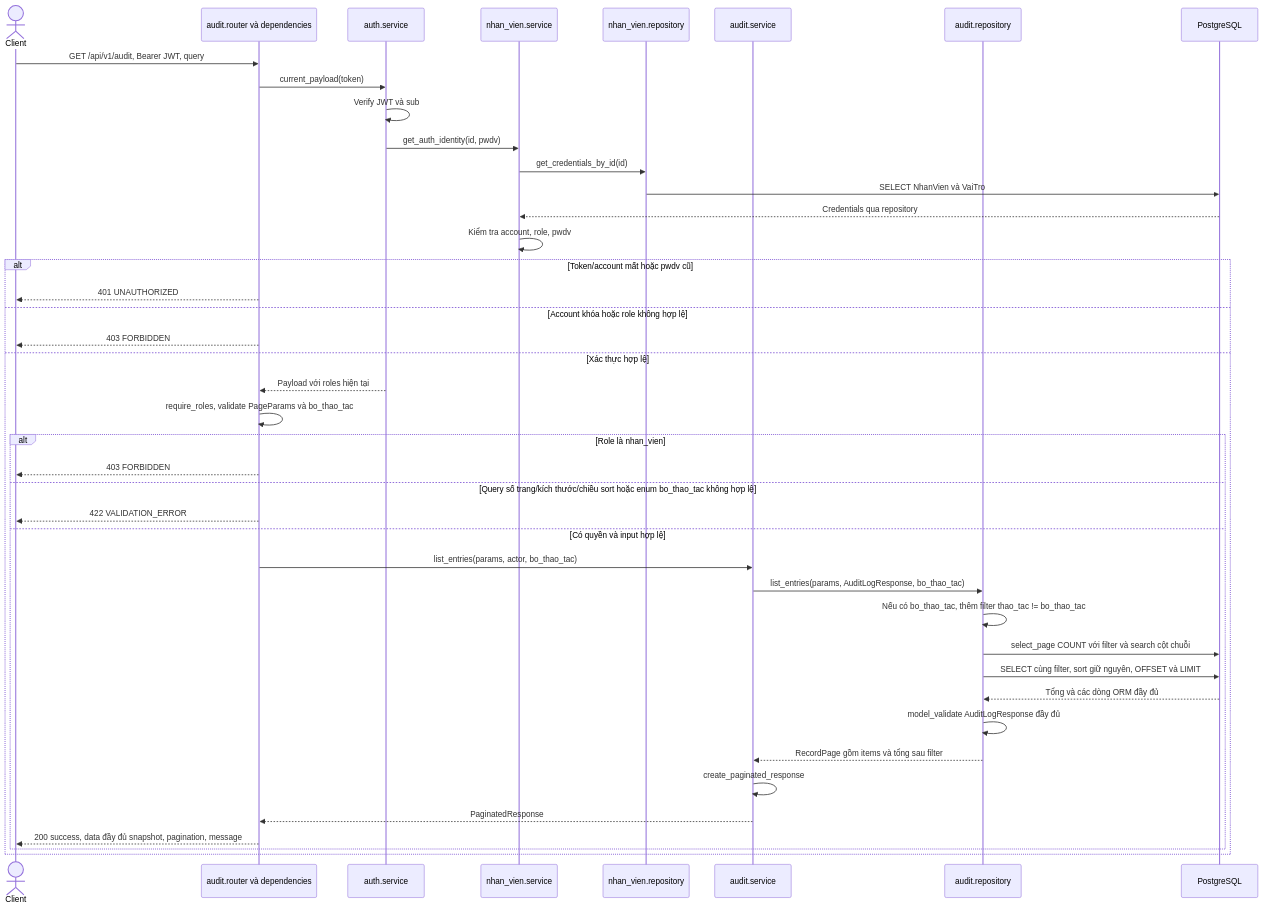
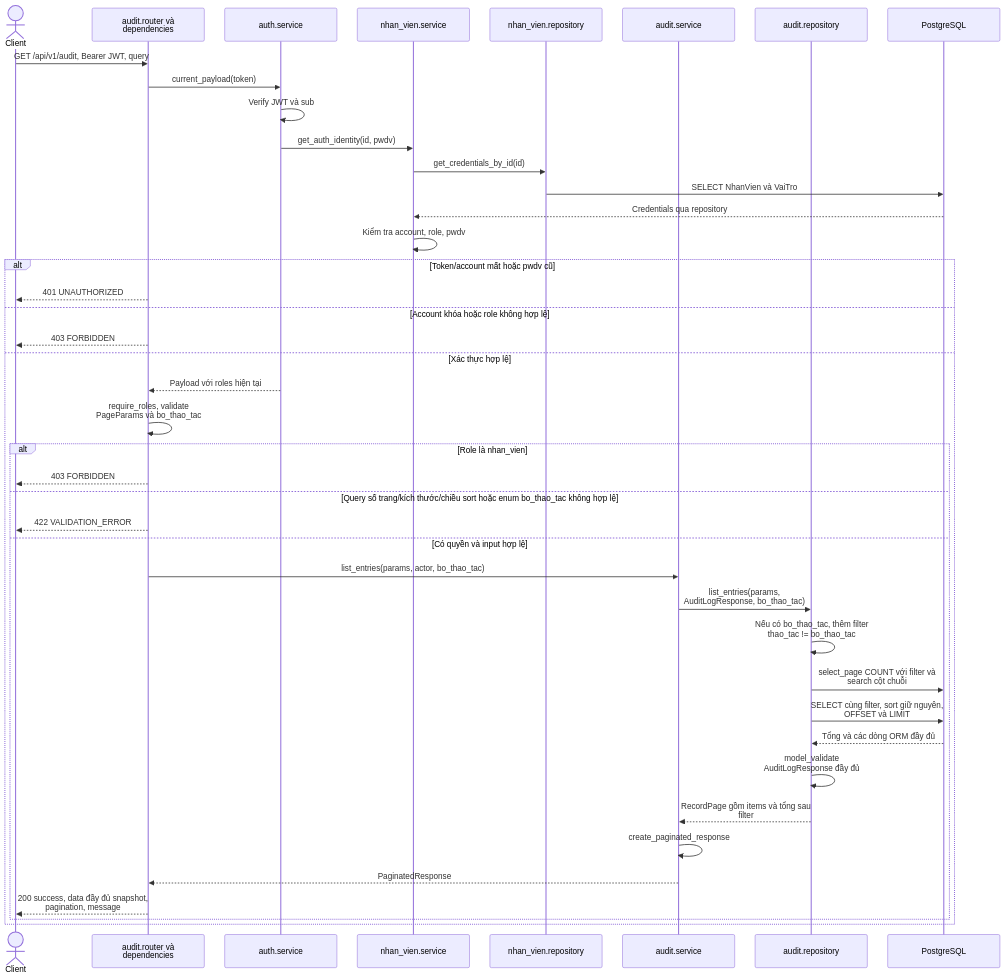
The diagram in docs/sequence/audit.md (thanhklt/xbike-mrp-system), drawn with Mermaid before and after one commit. The commit also changed other lines of this file and 30 other files, not shown here.

````diff
--- a/docs/sequence/audit.md
+++ b/docs/sequence/audit.md
@@ -10,44 +17,45 @@
 ```mermaid
+%%{init: {"sequence": {"width": 220, "wrap": true, "actorMargin": 40}}}%%
 sequenceDiagram
     actor C as Client
     participant R as audit.router và dependencies
     participant A as auth.service
     participant N as nhan_vien.service
     participant NP as nhan_vien.repository
     participant S as audit.service
     participant P as audit.repository
     participant DB as PostgreSQL
     C->>R: GET /api/v1/audit, Bearer JWT, query
     R->>A: current_payload(token)
     A->>A: Verify JWT và sub
     A->>N: get_auth_identity(id, pwdv)
     N->>NP: get_credentials_by_id(id)
     NP->>DB: SELECT NhanVien và VaiTro
     DB-->>N: Credentials qua repository
     N->>N: Kiểm tra account, role, pwdv
     alt Token/account mất hoặc pwdv cũ
         R-->>C: 401 UNAUTHORIZED
     else Account khóa hoặc role không hợp lệ
         R-->>C: 403 FORBIDDEN
     else Xác thực hợp lệ
         A-->>R: Payload với roles hiện tại
         R->>R: require_roles, validate PageParams và bo_thao_tac
         alt Role là nhan_vien
             R-->>C: 403 FORBIDDEN
         else Query số trang/kích thước/chiều sort hoặc enum bo_thao_tac không hợp lệ
             R-->>C: 422 VALIDATION_ERROR
         else Có quyền và input hợp lệ
             R->>S: list_entries(params, actor, bo_thao_tac)
             S->>P: list_entries(params, AuditLogResponse, bo_thao_tac)
             P->>P: Nếu có bo_thao_tac, thêm filter thao_tac != bo_thao_tac
             P->>DB: select_page COUNT với filter và search cột chuỗi
             P->>DB: SELECT cùng filter, sort giữ nguyên, OFFSET và LIMIT
             DB-->>P: Tổng và các dòng ORM đầy đủ
             P->>P: model_validate AuditLogResponse đầy đủ
             P-->>S: RecordPage gồm items và tổng sau filter
             S->>S: create_paginated_response
             S-->>R: PaginatedResponse
             R-->>C: 200 success, data đầy đủ snapshot, pagination, message
         end
     end
 ```
````
